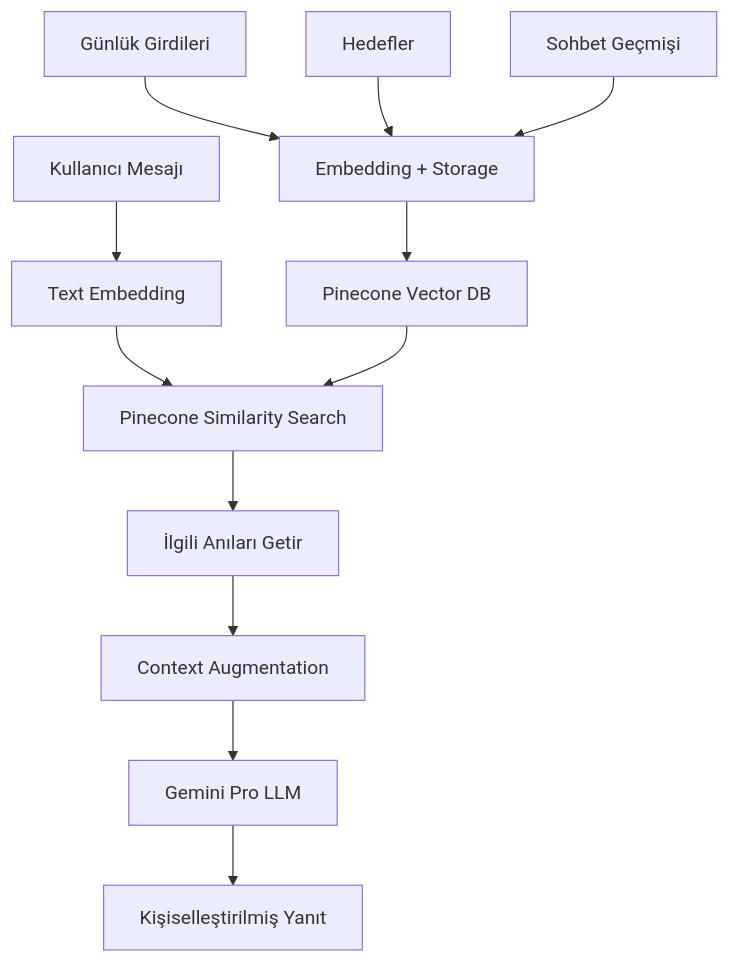
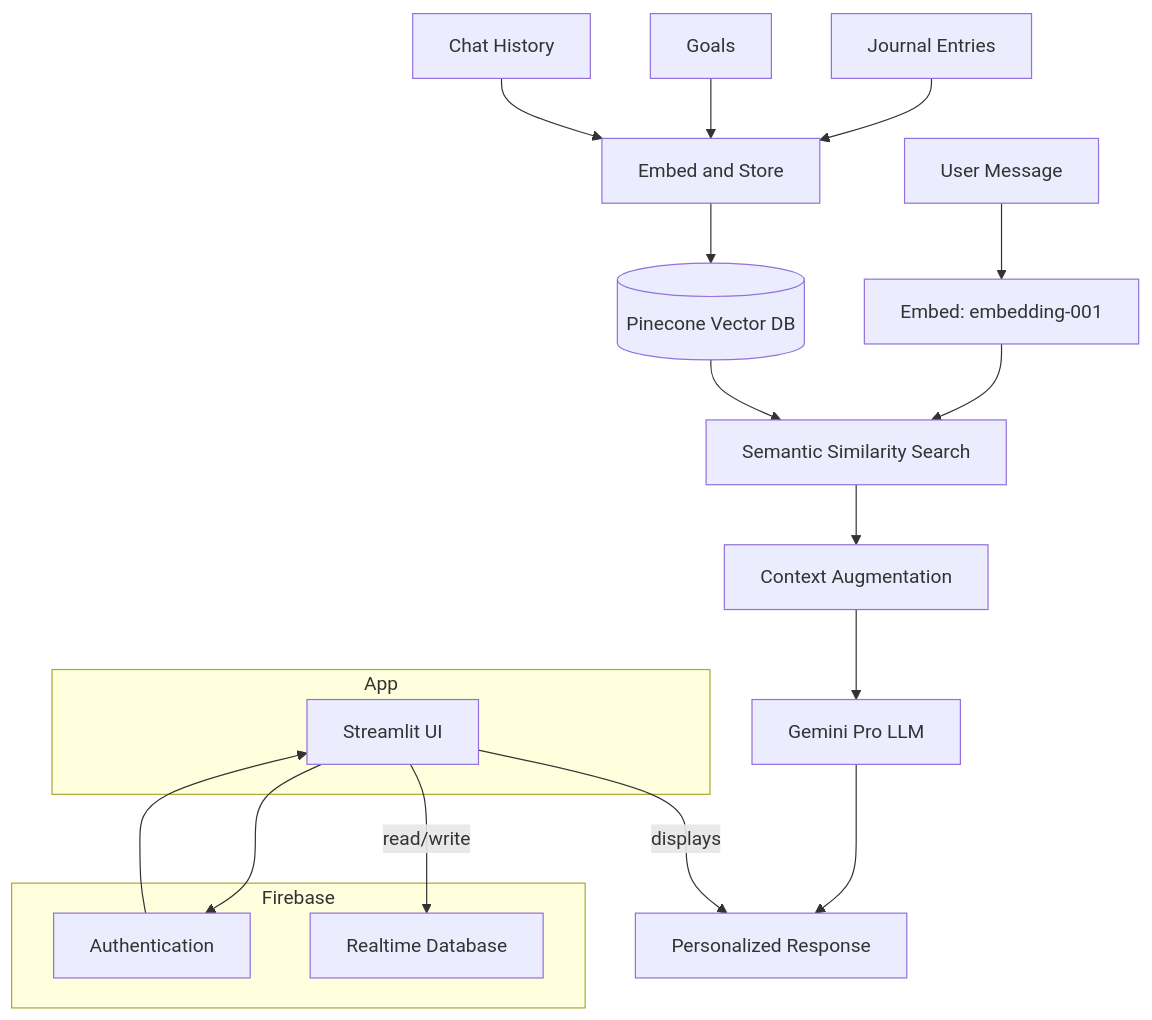
Before and after one commit to dilsahelmaci/MyMindMate: the diagram in README.md, drawn with Mermaid. The commit also changed other lines of this file, not shown here.

````diff
--- a/README.md
+++ b/README.md
@@ -39,15 +49,33 @@
 ```mermaid
 graph TD
-    A[Kullanıcı Mesajı] --> B[Text Embedding]
-    B --> C[Pinecone Similarity Search]
-    C --> D[İlgili Anıları Getir]
-    D --> E[Context Augmentation]
-    E --> F[Gemini Pro LLM]
-    F --> G[Kişiselleştirilmiş Yanıt]
-    
-    H[Günlük Girdileri] --> I[Embedding + Storage]
-    J[Hedefler] --> I
-    K[Sohbet Geçmişi] --> I
-    I --> L[Pinecone Vector DB]
-    L --> C
+  %% Inputs
+  U[User Message] --> E1[Embed: embedding-001]
+  J[Journal Entries] --> E2[Embed and Store]
+  G[Goals] --> E2
+  H[Chat History] --> E2
+
+  %% Vector DB
+  E2 --> V[(Pinecone Vector DB)]
+  E1 --> SR[Semantic Similarity Search]
+  V --> SR
+
+  %% Context + LLM
+  SR --> CTX[Context Augmentation]
+  CTX --> LLM[Gemini Pro LLM]
+  LLM --> A[Personalized Response]
+
+  %% App & Services
+  subgraph App
+    UI[Streamlit UI]
+  end
+  subgraph Firebase
+    AUTH[Authentication]
+    RTDB[Realtime Database]
+  end
+
+  %% Data flows with app
+  UI --> AUTH
+  AUTH --> UI
+  UI -- read/write --> RTDB
+  UI -- displays --> A
 ```
````
